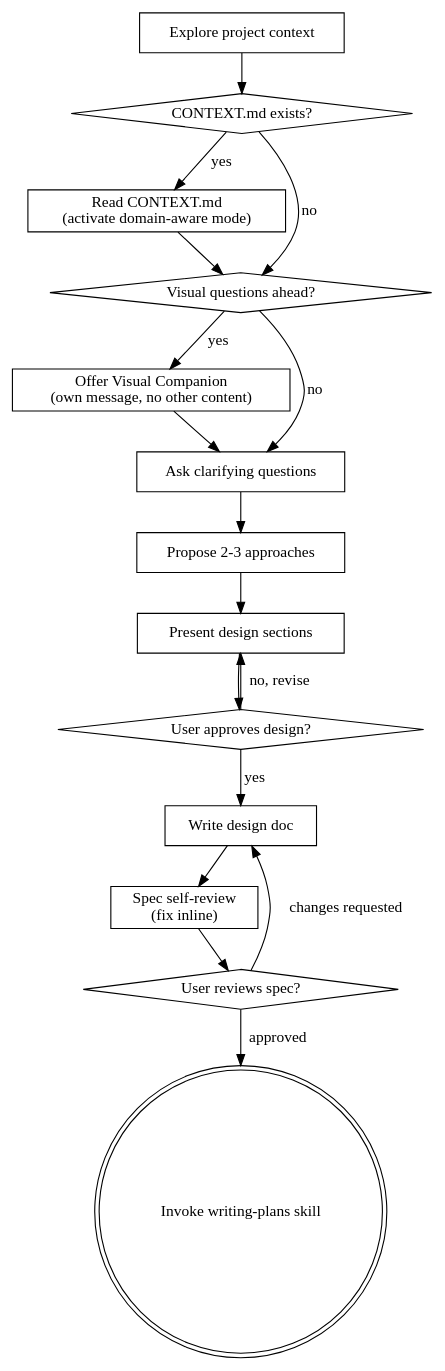
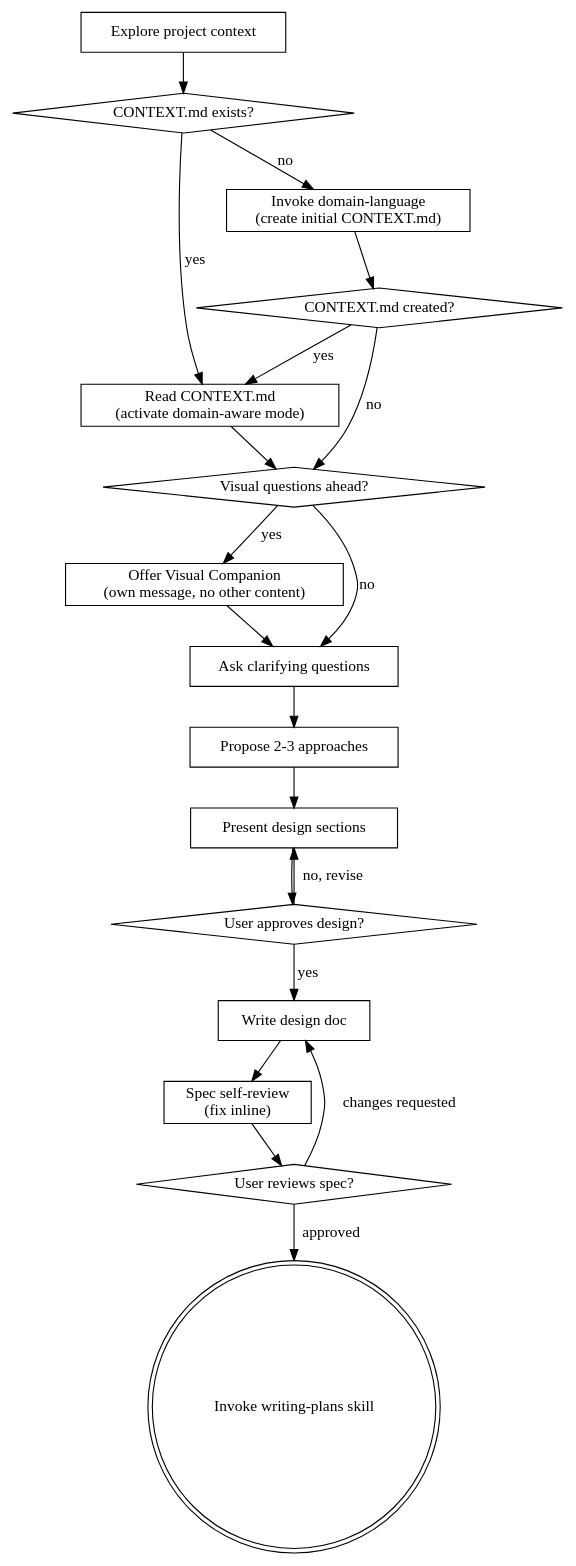
One commit to JhihJian/SUMM-Powers changed the diagram in skills/brainstorming/SKILL.md. Above: the diagram before and after it, drawn with Graphviz. The commit also changed other lines of this file and 5 other files, not shown here.

First line of the commit message:
feat: integrate domain-language skill into brainstorming and improve-architecture

````diff
--- a/skills/brainstorming/SKILL.md
+++ b/skills/brainstorming/SKILL.md
@@ -37,34 +39,39 @@
 ```dot
 digraph brainstorming {
     "Explore project context" [shape=box];
     "CONTEXT.md exists?" [shape=diamond];
     "Read CONTEXT.md\n(activate domain-aware mode)" [shape=box];
+    "Invoke domain-language\n(create initial CONTEXT.md)" [shape=box];
+    "CONTEXT.md created?" [shape=diamond];
     "Visual questions ahead?" [shape=diamond];
     "Offer Visual Companion\n(own message, no other content)" [shape=box];
     "Ask clarifying questions" [shape=box];
     "Propose 2-3 approaches" [shape=box];
     "Present design sections" [shape=box];
     "User approves design?" [shape=diamond];
     "Write design doc" [shape=box];
     "Spec self-review\n(fix inline)" [shape=box];
     "User reviews spec?" [shape=diamond];
     "Invoke writing-plans skill" [shape=doublecircle];
 
     "Explore project context" -> "CONTEXT.md exists?";
     "CONTEXT.md exists?" -> "Read CONTEXT.md\n(activate domain-aware mode)" [label="yes"];
-    "CONTEXT.md exists?" -> "Visual questions ahead?" [label="no"];
+    "CONTEXT.md exists?" -> "Invoke domain-language\n(create initial CONTEXT.md)" [label="no"];
+    "Invoke domain-language\n(create initial CONTEXT.md)" -> "CONTEXT.md created?";
+    "CONTEXT.md created?" -> "Read CONTEXT.md\n(activate domain-aware mode)" [label="yes"];
+    "CONTEXT.md created?" -> "Visual questions ahead?" [label="no"];
     "Read CONTEXT.md\n(activate domain-aware mode)" -> "Visual questions ahead?";
     "Visual questions ahead?" -> "Offer Visual Companion\n(own message, no other content)" [label="yes"];
     "Visual questions ahead?" -> "Ask clarifying questions" [label="no"];
     "Offer Visual Companion\n(own message, no other content)" -> "Ask clarifying questions";
     "Ask clarifying questions" -> "Propose 2-3 approaches";
     "Propose 2-3 approaches" -> "Present design sections";
     "Present design sections" -> "User approves design?";
     "User approves design?" -> "Present design sections" [label="no, revise"];
     "User approves design?" -> "Write design doc" [label="yes"];
     "Write design doc" -> "Spec self-review\n(fix inline)";
     "Spec self-review\n(fix inline)" -> "User reviews spec?";
     "User reviews spec?" -> "Write design doc" [label="changes requested"];
     "User reviews spec?" -> "Invoke writing-plans skill" [label="approved"];
 }
 ```
````
